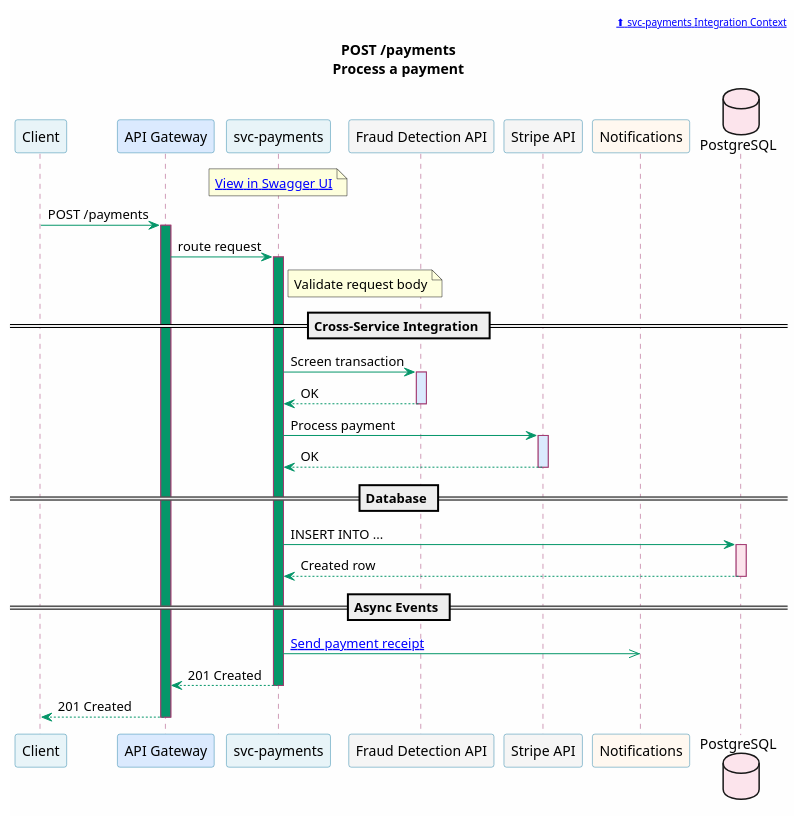
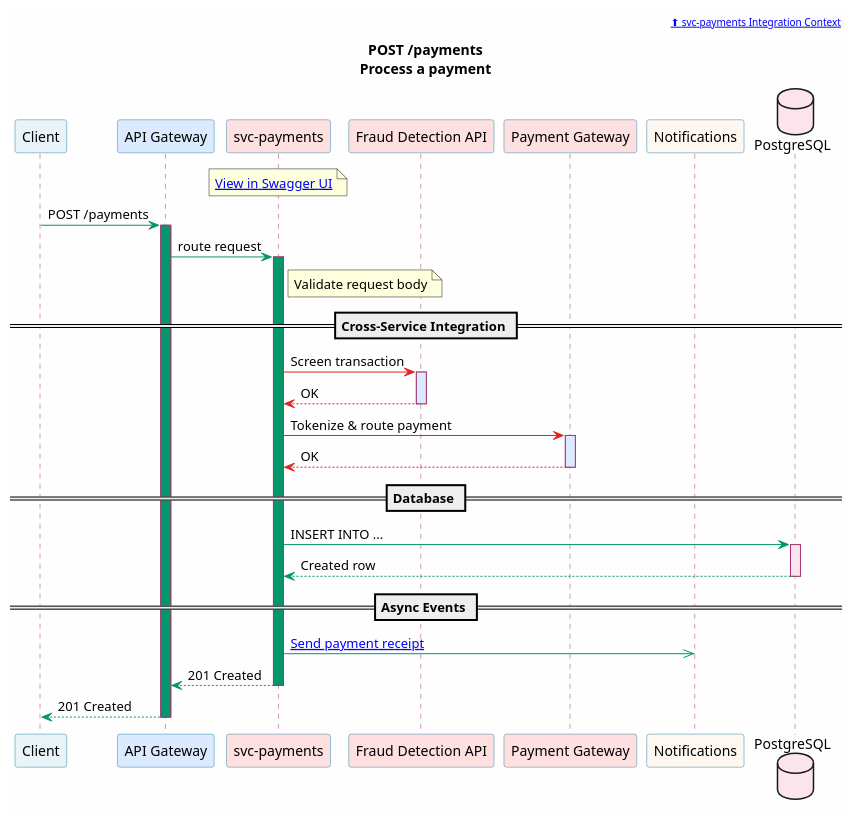
The diagram in portal/docs/microservices/puml/svc-payments--post-payments.puml (christopherblaisdell/continuous-architecture-platform-poc), drawn with PlantUML before and after one commit. The commit also changed 60 other files, not shown here.

First line of the commit message:
PCI DSS compliance zone with Payment Gateway and red data flow lines

```diff
--- a/portal/docs/microservices/puml/svc-payments--post-payments.puml
+++ b/portal/docs/microservices/puml/svc-payments--post-payments.puml
@@ -1,68 +1,68 @@
 @startuml svc-payments--post-payments
 
 skinparam backgroundColor #FEFEFE
 skinparam shadowing false
 skinparam defaultFontName "Segoe UI"
 skinparam sequence {
     ArrowColor #059669
     ParticipantBorderColor #2E86AB
     ParticipantBackgroundColor #E8F4F8
     LifeLineBorderColor #A23B72
     BoxBorderColor #F18F01
     BoxBackgroundColor #FFF8F0
     NoteBorderColor #c77b30
     NoteBackgroundColor #FEF3E7
 }
 
 header [[/microservices/svc-payments/#integration-context ⬆ svc-payments Integration Context]]
 
 title POST /payments\nProcess a payment
 
 participant "Client" as Client [[/applications/]]
 participant "API Gateway" as GW #DBEAFE
-participant "svc-payments" as Svc [[/microservices/svc-payments/]] #E8F4F8
-participant "Fraud Detection API" as FD #F5F5F5
-participant "Stripe API" as ExtPay #F5F5F5
+participant "svc-payments" as Svc [[/microservices/svc-payments/]] #FFE0E0
+participant "Fraud Detection API" as FD #FFE0E0
+participant "Payment Gateway" as PGW #FFE0E0
 participant "Notifications" as Ntfy [[/microservices/svc-notifications/]] #FFF8F0
 database "PostgreSQL" as DB #FCE4EC
 
 note over Svc
   [[/services/api/svc-payments.html#/Payments/processPayment View in Swagger UI]]
 end note
 
 Client -> GW : POST /payments
 activate GW #059669
 GW -> Svc : route request
 activate Svc #059669
 
 note right of Svc : Validate request body
 
 == Cross-Service Integration ==
 
-Svc -> FD : Screen transaction
+Svc -[#DC2626]> FD : Screen transaction
 activate FD #DBEAFE
-FD --> Svc : OK
+FD --[#DC2626]> Svc : OK
 deactivate FD
 
-Svc -> ExtPay : Process payment
-activate ExtPay #DBEAFE
-ExtPay --> Svc : OK
-deactivate ExtPay
+Svc -[#DC2626]> PGW : Tokenize & route payment
+activate PGW #DBEAFE
+PGW --[#DC2626]> Svc : OK
+deactivate PGW
 
 == Database ==
 
 Svc -> DB : INSERT INTO ...
 activate DB #FCE4EC
 DB --> Svc : Created row
 deactivate DB
 
 == Async Events ==
 
 Svc ->> Ntfy : [[/microservices/svc-notifications/#post-notifications-send-a-notification Send payment receipt]]
 
 Svc --> GW : 201 Created
 deactivate Svc
 GW --> Client : 201 Created
 deactivate GW
 
 @enduml
```
